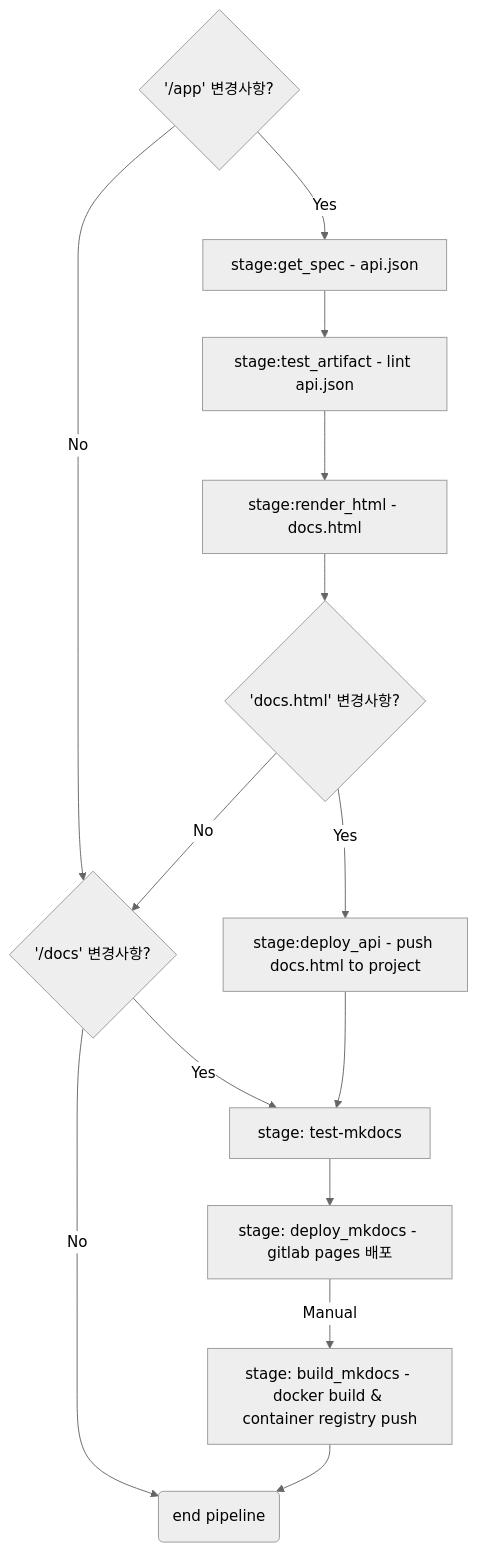
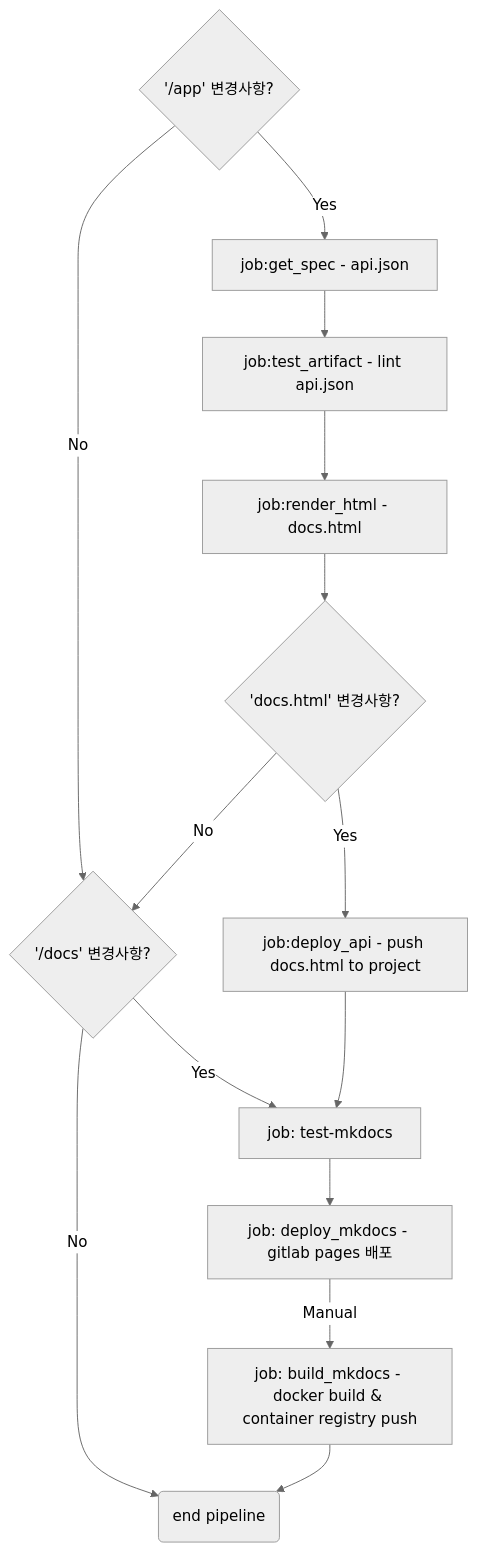
The diagram in docs/docs/guide/mkdocs.md (ThirdActiveDataExTech/RelationalSchemaMatching), drawn with Mermaid (neutral theme) before and after one commit. The commit also changed other lines of this file and 4 other files, not shown here.

````diff
--- a/docs/docs/guide/mkdocs.md
+++ b/docs/docs/guide/mkdocs.md
@@ -46,16 +46,16 @@
 ``` mermaid
 graph TD
-    B{'/app' 변경사항?} -->|Yes| C[stage:get_spec - api.json];
+    B{'/app' 변경사항?} -->|Yes| C[job:get_spec - api.json];
     B --> |No| N1{'/docs' 변경사항?};
-    N1 --> |Yes| H[stage: test-mkdocs]
+    N1 --> |Yes| H[job: test-mkdocs]
     N1 --> |No| K(end pipeline)
-    C --> D[stage:test_artifact - lint api.json];
-    D --> E[stage:render_html - docs.html];
+    C --> D[job:test_artifact - lint api.json];
+    D --> E[job:render_html - docs.html];
     E --> F{'docs.html' 변경사항?};
-    F --> |Yes| G[stage:deploy_api - push docs.html to project];
+    F --> |Yes| G[job:deploy_api - push docs.html to project];
     F --> |No| N1;
     G --> H
-    H --> I[stage: deploy_mkdocs - gitlab pages 배포]
-    I --> |Manual| J[stage: build_mkdocs - docker build & container registry push]
+    H --> I[job: deploy_mkdocs - gitlab pages 배포]
+    I --> |Manual| J[job: build_mkdocs - docker build & container registry push]
     J --> K
 ```
````
